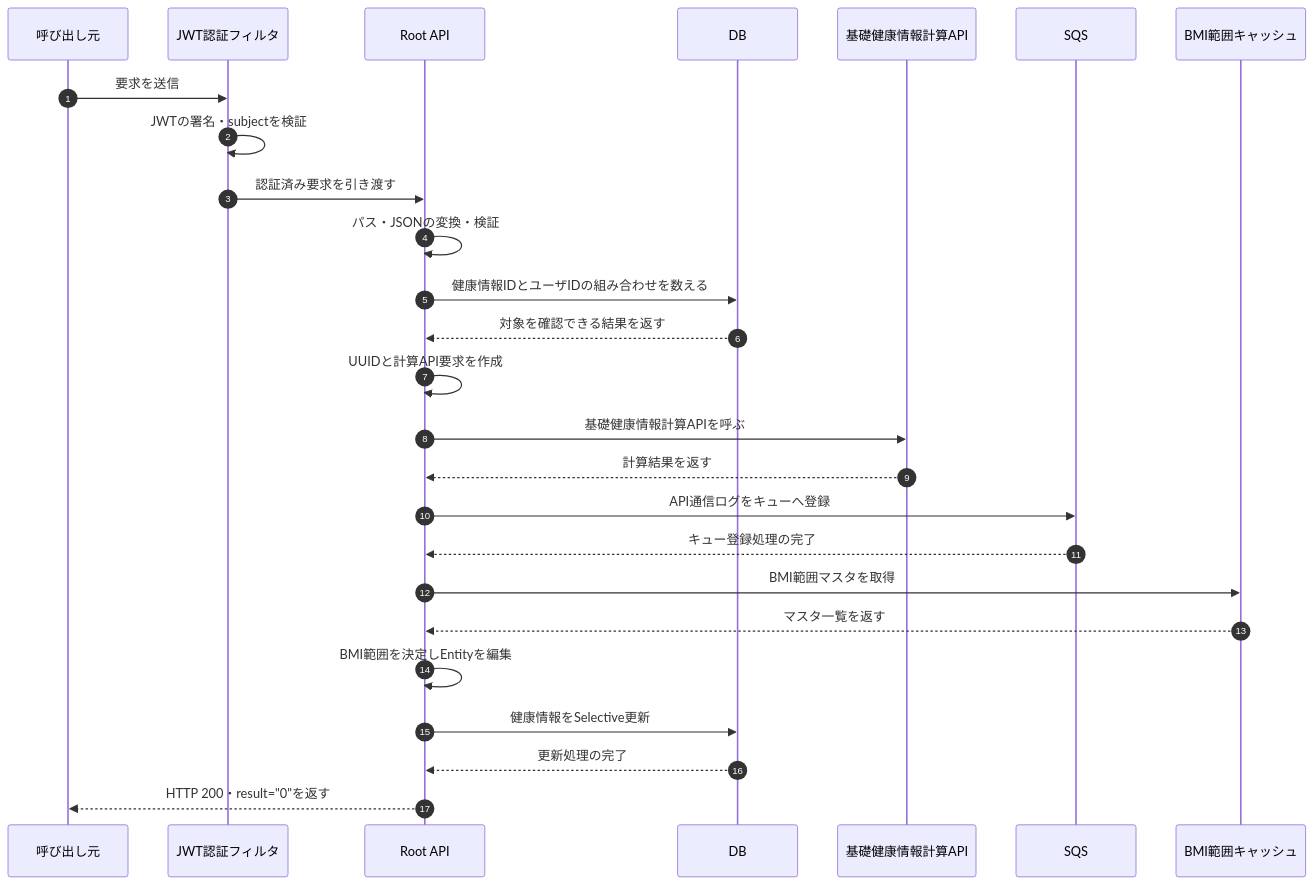
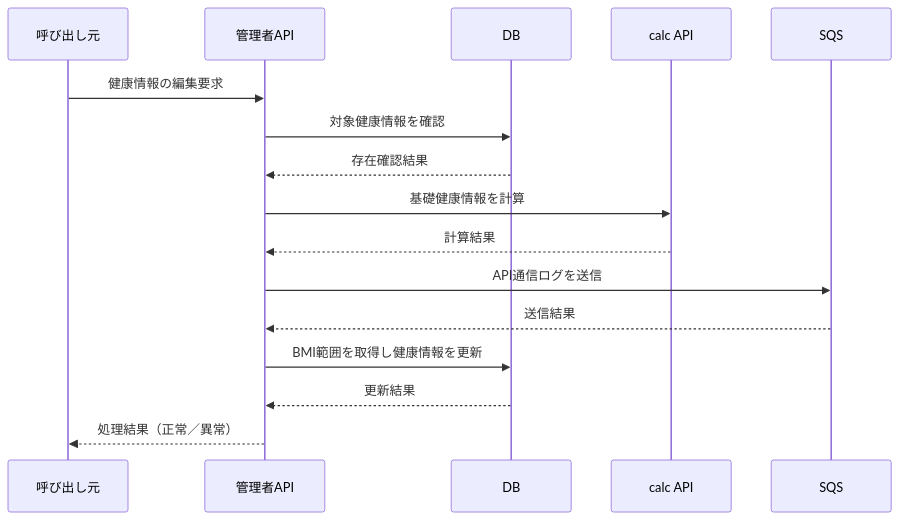
Before and after one commit to kohei-okazaki/work-3g: the first of 2 diagrams in ha-docs/design/05_rootapi/設計書_5.5.2.健康情報編集API.md, drawn with Mermaid. The commit also changed other lines of this file and 67 other files, not shown here.

````diff
--- a/ha-docs/design/05_rootapi/設計書_5.5.2.健康情報編集API.md
+++ b/ha-docs/design/05_rootapi/設計書_5.5.2.健康情報編集API.md
@@ -104,28 +24,18 @@
 ```mermaid
 sequenceDiagram
-    autonumber
-    participant Client as 呼び出し元
-    participant Security as JWT認証フィルタ
-    participant API as Root API
-    participant DB as DB
-    participant Node as 基礎健康情報計算API
-    participant SQS as SQS
-    participant Cache as BMI範囲キャッシュ
-    Client->>Security: 要求を送信
-    Security->>Security: JWTの署名・subjectを検証
-    Security->>API: 認証済み要求を引き渡す
-    API->>API: パス・JSONの変換・検証
-    API->>DB: 健康情報IDとユーザIDの組み合わせを数える
-    DB-->>API: 対象を確認できる結果を返す
-    API->>API: UUIDと計算API要求を作成
-    API->>Node: 基礎健康情報計算APIを呼ぶ
-    Node-->>API: 計算結果を返す
-    API->>SQS: API通信ログをキューへ登録
-    SQS-->>API: キュー登録処理の完了
-    API->>Cache: BMI範囲マスタを取得
-    Cache-->>API: マスタ一覧を返す
-    API->>API: BMI範囲を決定しEntityを編集
-    API->>DB: 健康情報をSelective更新
-    DB-->>API: 更新処理の完了
-    API-->>Client: HTTP 200・result="0"を返す
+    participant C as 呼び出し元
+    participant A as 管理者API
+    participant D as DB
+    participant Calc as calc API
+    participant Q as SQS
+    C->>A: 健康情報の編集要求
+    A->>D: 対象健康情報を確認
+    D-->>A: 存在確認結果
+    A->>Calc: 基礎健康情報を計算
+    Calc-->>A: 計算結果
+    A->>Q: API通信ログを送信
+    Q-->>A: 送信結果
+    A->>D: BMI範囲を取得し健康情報を更新
+    D-->>A: 更新結果
+    A-->>C: 処理結果（正常／異常）
 ```
````
